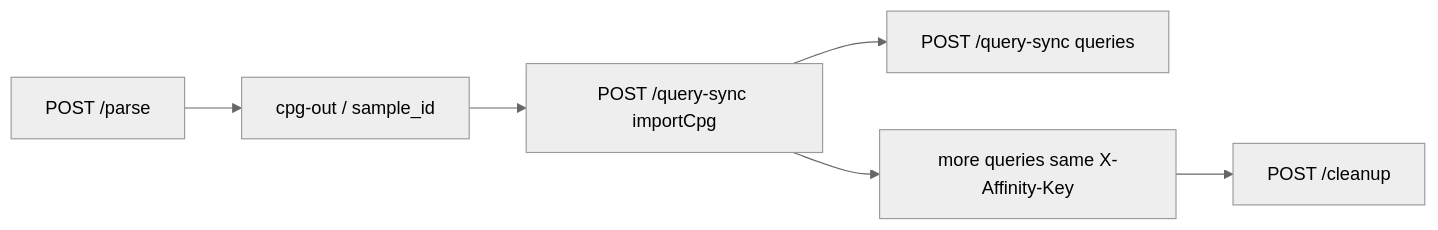
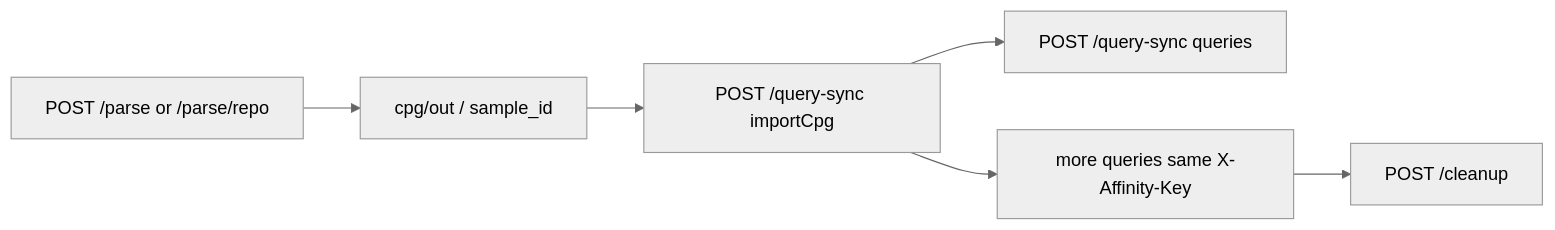
One commit to nmd2k/joern-server changed the diagram in docs/query_guide.md. Above: the diagram before and after it, drawn with Mermaid (neutral theme). The commit also changed other lines of this file and 6 other files, not shown here.

First line of the commit message:
Update docs for file/repo parsing flows and CPG_BASE_DIR storage paths.

````diff
--- a/docs/query_guide.md
+++ b/docs/query_guide.md
@@ -57,8 +73,8 @@
 ```mermaid
 flowchart LR
-  Parse[POST /parse] --> Disk[cpg-out / sample_id]
+  Parse[POST /parse or /parse/repo] --> Disk[cpg/out / sample_id]
   Disk --> Import[POST /query-sync importCpg]
   Import --> Q1[POST /query-sync queries]
   Import --> Q2[more queries same X-Affinity-Key]
   Q2 --> Clean[POST /cleanup]
 ```
````
